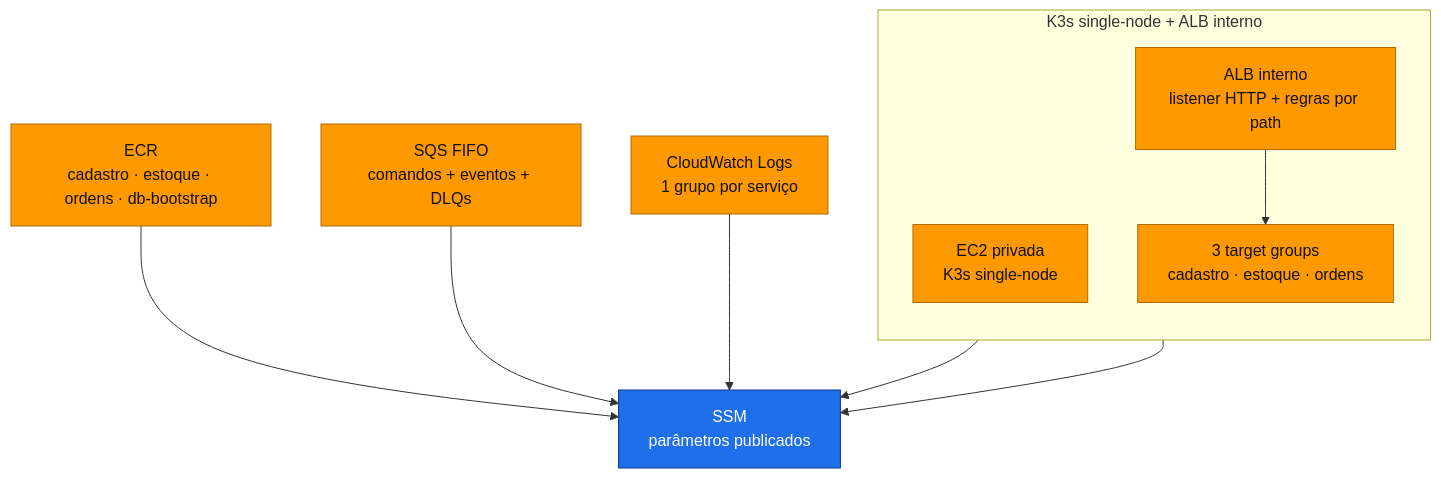
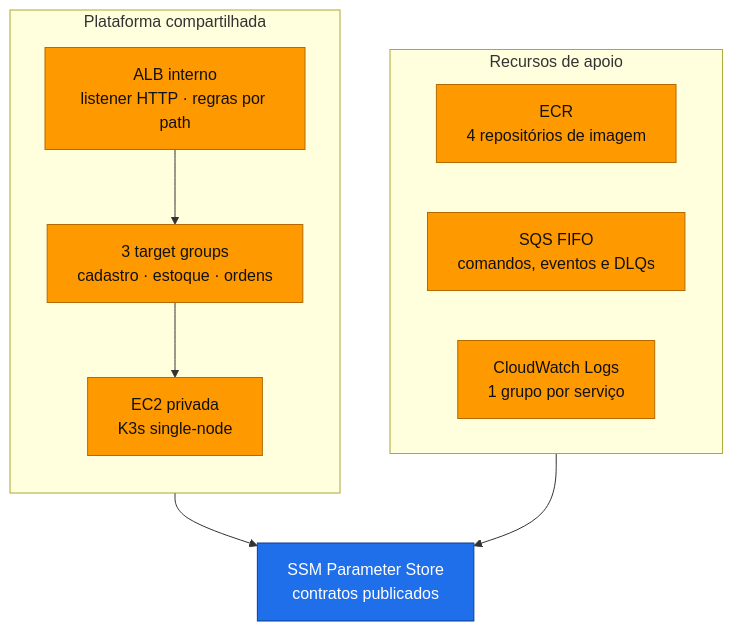
The second of 3 diagrams in README.md (fabianorodrigues/oficina-infra-fiap-fase4), drawn with Mermaid before and after one commit. The commit also changed other lines of this file and 1 other file, not shown here.

````diff
--- a/README.md
+++ b/README.md
@@ -73,26 +135,26 @@
 ```mermaid
 flowchart TB
-    subgraph Plataforma["K3s single-node + ALB interno"]
+    subgraph Plataforma["Plataforma compartilhada"]
         direction TB
-        Cluster["EC2 privada<br/>K3s single-node"]
-        ALB["ALB interno<br/>listener HTTP + regras por path"]
+        Node["EC2 privada<br/>K3s single-node"]
+        ALB["ALB interno<br/>listener HTTP · regras por path"]
         TG["3 target groups<br/>cadastro · estoque · ordens"]
         ALB --> TG
+        TG --> Node
     end
 
-    ECR["ECR<br/>cadastro · estoque · ordens · db-bootstrap"]
-    SQS["SQS FIFO<br/>comandos + eventos + DLQs"]
-    Logs["CloudWatch Logs<br/>1 grupo por serviço"]
-    SSM["SSM<br/>parâmetros publicados"]
+    subgraph Apoio["Recursos de apoio"]
+        direction LR
+        ECR["ECR<br/>4 repositórios de imagem"]
+        SQS["SQS FIFO<br/>comandos, eventos e DLQs"]
+        Logs["CloudWatch Logs<br/>1 grupo por serviço"]
+    end
 
-    Cluster --> SSM
-    ALB --> SSM
-    ECR --> SSM
-    SQS --> SSM
-    Logs --> SSM
+    Plataforma --> SSM["SSM Parameter Store<br/>contratos publicados"]
+    Apoio --> SSM
 
     classDef infra fill:#FF9900,stroke:#b36b00,color:#111
-    classDef pub fill:#1f6feb,stroke:#0b3d91,color:#fff
-    class Cluster,ALB,TG,ECR,SQS,Logs infra
-    class SSM pub
+    classDef contrato fill:#1f6feb,stroke:#0b3d91,color:#fff
+    class Node,ALB,TG,ECR,SQS,Logs infra
+    class SSM contrato
 ```
````
